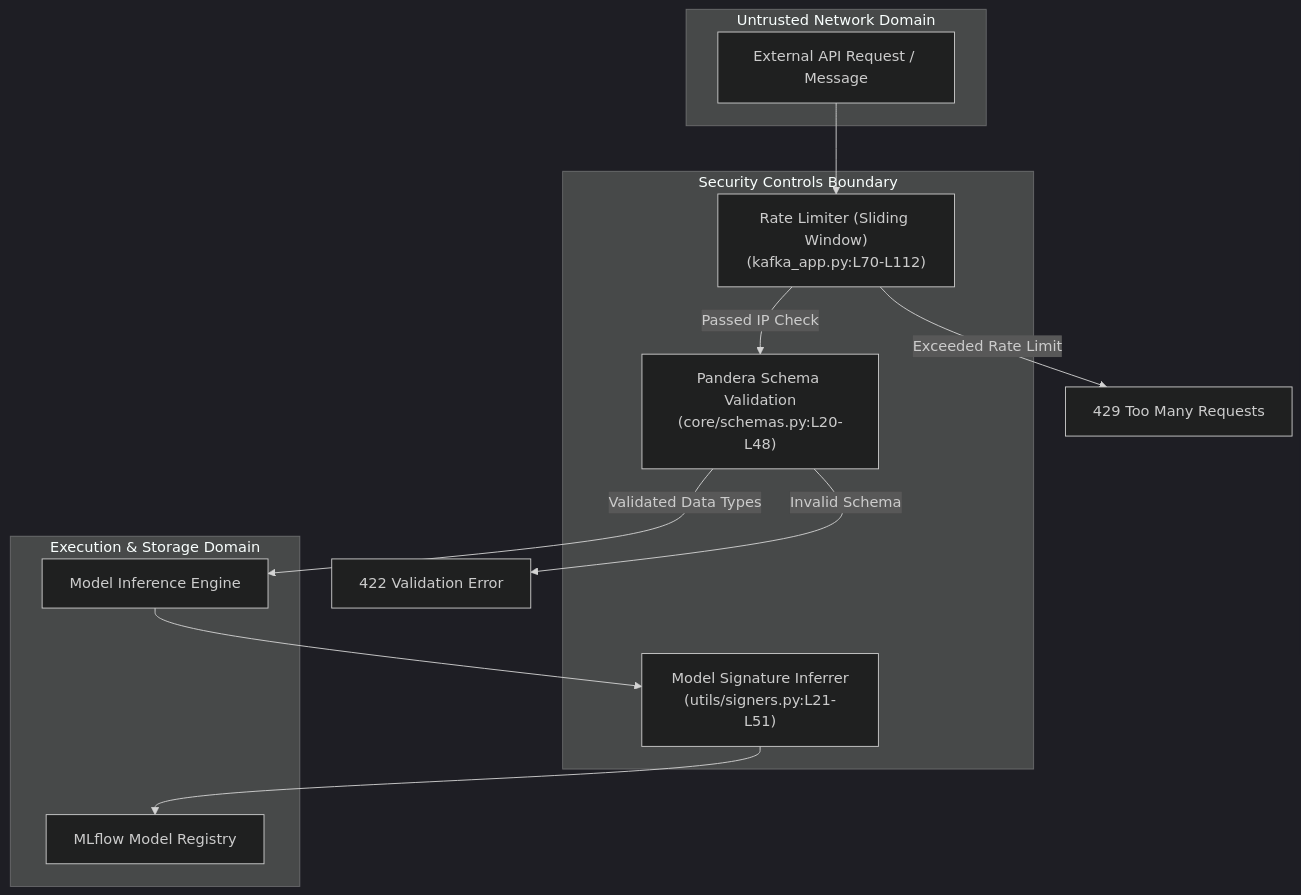
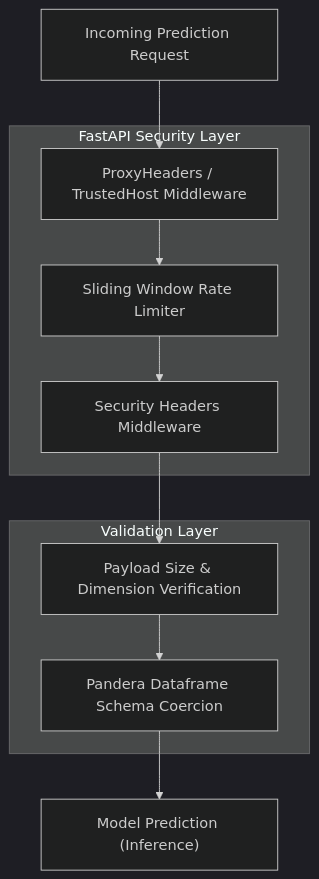
The diagram in openwiki/architecture/security_view.md (lgcorzo/mlops-python-package), drawn with Mermaid (dark theme) before and after one commit. The commit also changed other lines of this file and 40 other files, not shown here.

````diff
--- a/openwiki/architecture/security_view.md
+++ b/openwiki/architecture/security_view.md
@@ -18,25 +20,24 @@
 ```mermaid
 graph TD
-    subgraph Untrusted Network Domain
-        req["External API Request / Message"]
-    end
+    Client["Incoming Prediction Request"]
     
-    subgraph Security Controls Boundary
-        rl["Rate Limiter (Sliding Window)<br/>(kafka_app.py:L70-L112)"]
-        sv["Pandera Schema Validation<br/>(core/schemas.py:L20-L48)"]
-        sign["Model Signature Inferrer<br/>(utils/signers.py:L21-L51)"]
-    end
-    
-    subgraph Execution & Storage Domain
-        inf["Model Inference Engine"]
-        reg["MLflow Model Registry"]
+    subgraph "FastAPI Security Layer"
+        Proxy["ProxyHeaders / TrustedHost Middleware"]
+        Limiter["Sliding Window Rate Limiter"]
+        Headers["Security Headers Middleware"]
     end
 
-    req --> rl
-    rl -->|"Passed IP Check"| sv
-    rl -->|"Exceeded Rate Limit"| block["429 Too Many Requests"]
-    sv -->|"Validated Data Types"| inf
-    sv -->|"Invalid Schema"| err["422 Validation Error"]
-    inf --> sign
-    sign --> reg
+    subgraph "Validation Layer"
+        SizeCheck["Payload Size & Dimension Verification"]
+        SchemaCheck["Pandera Dataframe Schema Coercion"]
+    end
+
+    Model["Model Prediction (Inference)"]
+
+    Client --> Proxy
+    Proxy --> Limiter
+    Limiter --> Headers
+    Headers --> SizeCheck
+    SizeCheck --> SchemaCheck
+    SchemaCheck --> Model
 ```
````
